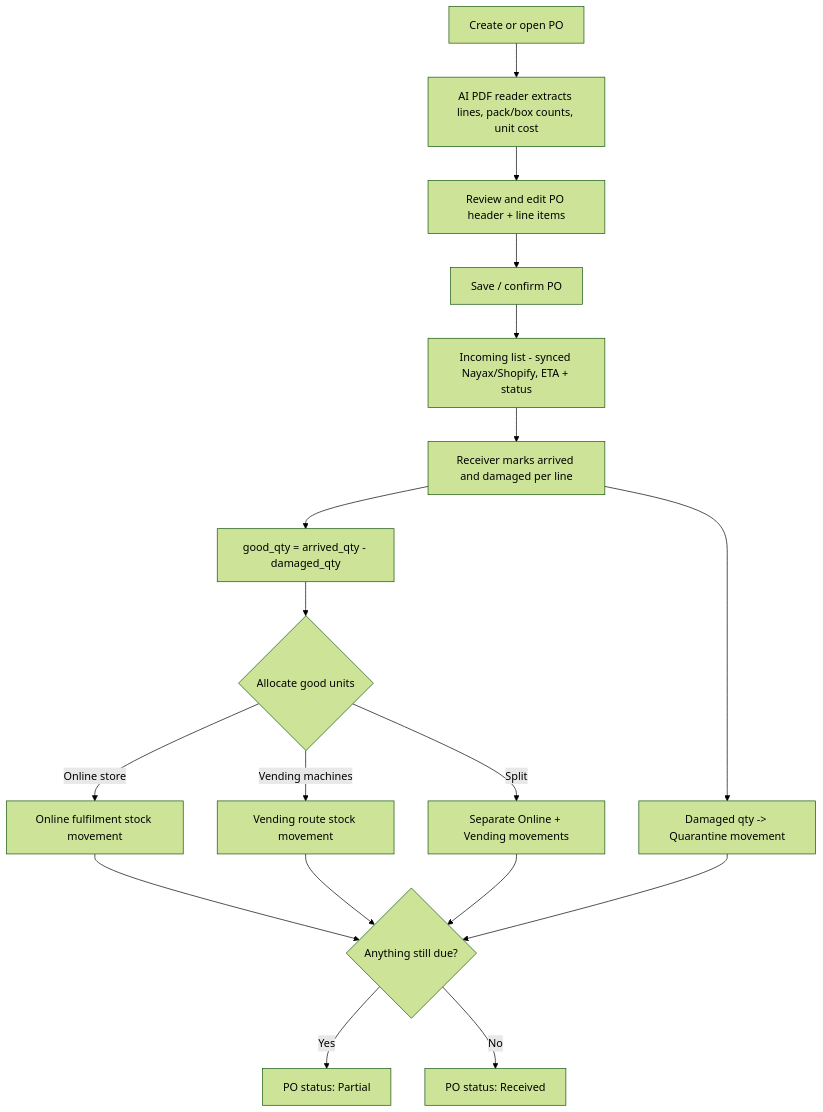
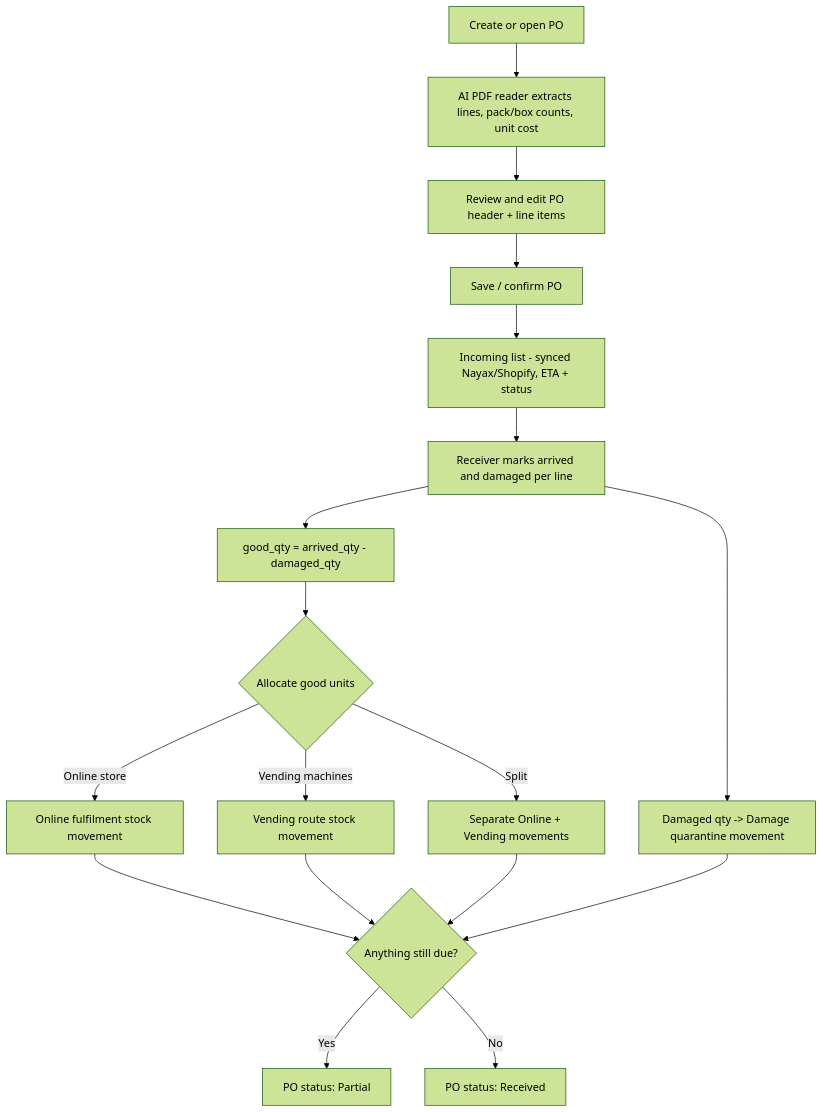
Before and after one commit to josh441/gameguys-proposed-ui: the sixth of 7 diagrams in BUILD-PLAN.md, drawn with Mermaid (forest theme). The commit also changed other lines of this file and 10 other files, not shown here.

````diff
--- a/BUILD-PLAN.md
+++ b/BUILD-PLAN.md
@@ -290,20 +292,20 @@
 ```mermaid
 flowchart TD
   PO[Create or open PO] --> AIP[AI PDF reader extracts lines, pack/box counts, unit cost]
   AIP --> EDIT[Review and edit PO header + line items]
   EDIT --> CF[Save / confirm PO]
   CF --> INC[Incoming list - synced Nayax/Shopify, ETA + status]
   INC --> RCV[Receiver marks arrived and damaged per line]
   RCV --> GOOD[good_qty = arrived_qty - damaged_qty]
   GOOD --> ALLOC{Allocate good units}
   ALLOC -- Online store --> ST[Online fulfilment stock movement]
   ALLOC -- Vending machines --> VN[Vending route stock movement]
   ALLOC -- Split --> BOTH[Separate Online + Vending movements]
-  RCV --> DMG[Damaged qty -> Quarantine movement]
+  RCV --> DMG[Damaged qty -> Damage quarantine movement]
   ST --> STATUS{Anything still due?}
   VN --> STATUS
   BOTH --> STATUS
   DMG --> STATUS
   STATUS -- Yes --> PART[PO status: Partial]
   STATUS -- No --> DONE[PO status: Received]
 ```
````
